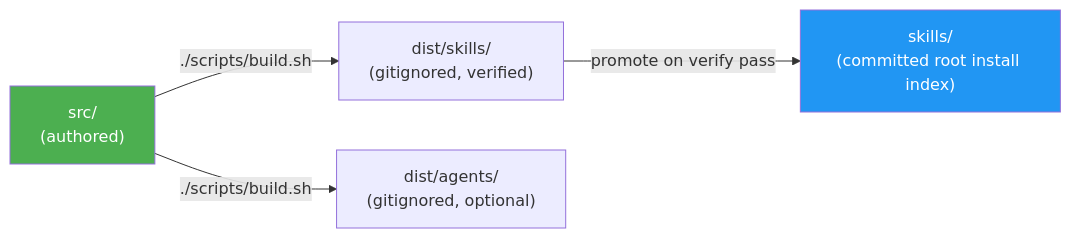
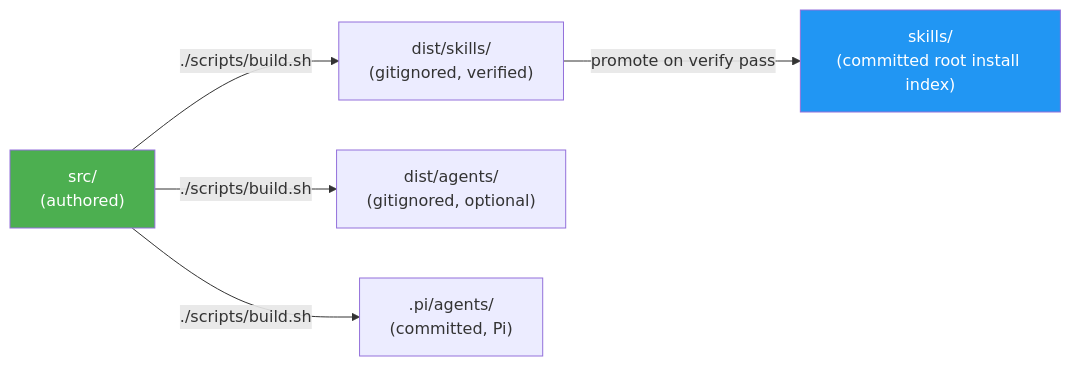
Before and after one commit to luongnv89/idd: the first of 3 diagrams in docs/DEVELOPMENT.md, drawn with Mermaid. The commit also changed other lines of this file and 10 other files, not shown here.

First line of the commit message:
feat(build): generate pi-subagents agents into .pi/agents/

````diff
--- a/docs/DEVELOPMENT.md
+++ b/docs/DEVELOPMENT.md
@@ -39,9 +45,10 @@
 ```mermaid
 graph LR
     SRC["src/<br/>(authored)"] -->|"./scripts/build.sh"| DSK["dist/skills/<br/>(gitignored, verified)"]
     DSK -->|"promote on verify pass"| RSK["skills/<br/>(committed root install index)"]
     SRC -->|"./scripts/build.sh"| DAG["dist/agents/<br/>(gitignored, optional)"]
+    SRC -->|"./scripts/build.sh"| PAG[".pi/agents/<br/>(committed, Pi)"]
 
     style SRC fill:#4CAF50,color:#fff
     style RSK fill:#2196F3,color:#fff
 ```
````
